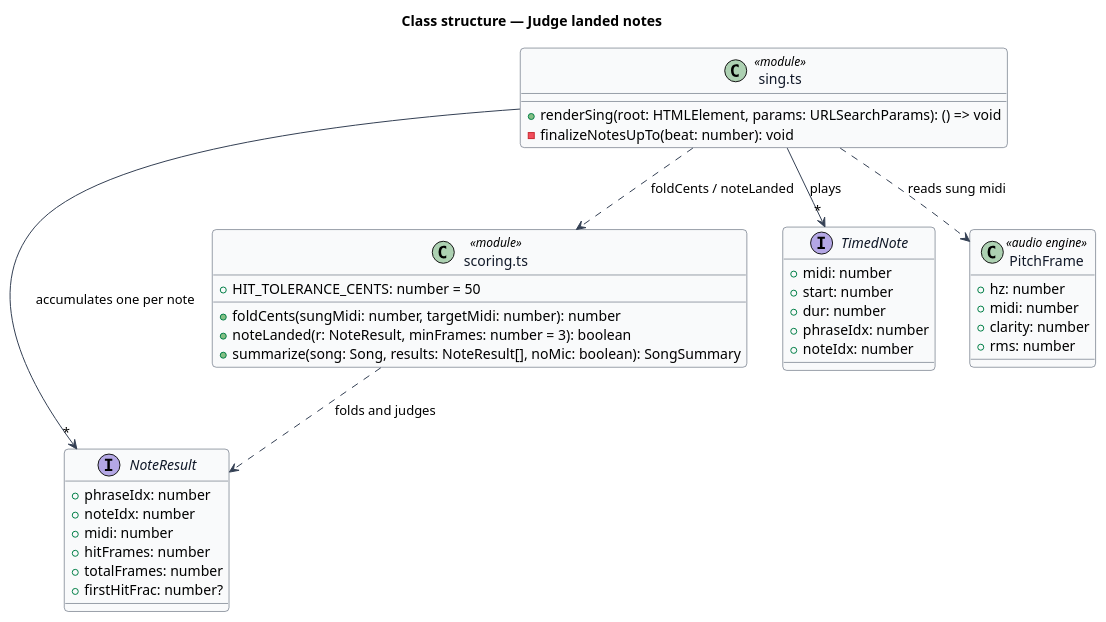
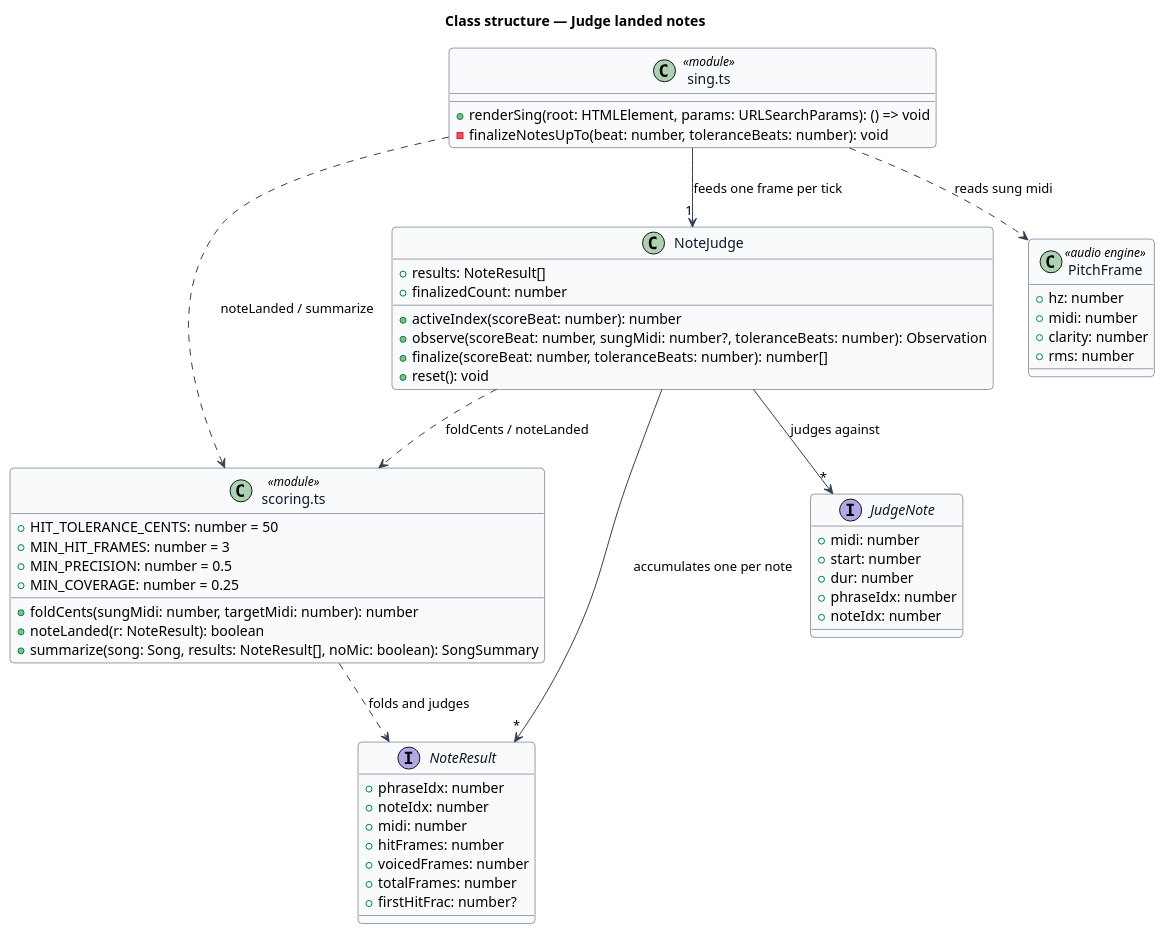
The diagram in docs/detailed-designs/scoring-and-results/judge-landed-notes/diagrams/class-structure.puml (QuinntyneBrown/TwinkleTune), drawn with PlantUML before and after one commit. The commit also changed 18 other files, not shown here.

First line of the commit message:
Specify timing-tolerant, sung-frame note judging (SR-L2-2, SR-L2-18, SG-L2-25)

```diff
--- a/docs/detailed-designs/scoring-and-results/judge-landed-notes/diagrams/class-structure.puml
+++ b/docs/detailed-designs/scoring-and-results/judge-landed-notes/diagrams/class-structure.puml
@@ -1,57 +1,72 @@
 @startuml
 ' --- shared skin header ---
 skinparam backgroundColor #FFFFFF
 skinparam shadowing false
 skinparam roundcorner 8
 skinparam defaultFontName Arial
 skinparam ArrowColor #344054
 skinparam class {
   BorderColor #344054
   FontColor #101828
   BackgroundColor #F9FAFB
 }
 ' --------------------------
 title Class structure — Judge landed notes
 
 interface NoteResult {
   +phraseIdx: number
   +noteIdx: number
   +midi: number
   +hitFrames: number
+  +voicedFrames: number
   +totalFrames: number
   +firstHitFrac: number?
 }
 
 class "scoring.ts" as ScoringMod <<module>> {
   +HIT_TOLERANCE_CENTS: number = 50
+  +MIN_HIT_FRAMES: number = 3
+  +MIN_PRECISION: number = 0.5
+  +MIN_COVERAGE: number = 0.25
   +foldCents(sungMidi: number, targetMidi: number): number
-  +noteLanded(r: NoteResult, minFrames: number = 3): boolean
+  +noteLanded(r: NoteResult): boolean
   +summarize(song: Song, results: NoteResult[], noMic: boolean): SongSummary
+}
+
+class NoteJudge {
+  +results: NoteResult[]
+  +finalizedCount: number
+  +activeIndex(scoreBeat: number): number
+  +observe(scoreBeat: number, sungMidi: number?, toleranceBeats: number): Observation
+  +finalize(scoreBeat: number, toleranceBeats: number): number[]
+  +reset(): void
 }
 
 class "sing.ts" as SingMod <<module>> {
   +renderSing(root: HTMLElement, params: URLSearchParams): () => void
-  -finalizeNotesUpTo(beat: number): void
+  -finalizeNotesUpTo(beat: number, toleranceBeats: number): void
 }
 
-interface TimedNote {
+interface JudgeNote {
   +midi: number
   +start: number
   +dur: number
   +phraseIdx: number
   +noteIdx: number
 }
 
 class PitchFrame <<audio engine>> {
   +hz: number
   +midi: number
   +clarity: number
   +rms: number
 }
 
 ScoringMod ..> NoteResult : folds and judges
-SingMod --> "*" NoteResult : accumulates one per note
-SingMod --> "*" TimedNote : plays
+NoteJudge --> "*" NoteResult : accumulates one per note
+NoteJudge --> "*" JudgeNote : judges against
+NoteJudge ..> ScoringMod : foldCents / noteLanded
+SingMod --> "1" NoteJudge : feeds one frame per tick
 SingMod ..> PitchFrame : reads sung midi
-SingMod ..> ScoringMod : foldCents / noteLanded
+SingMod ..> ScoringMod : noteLanded / summarize
 @enduml
```
